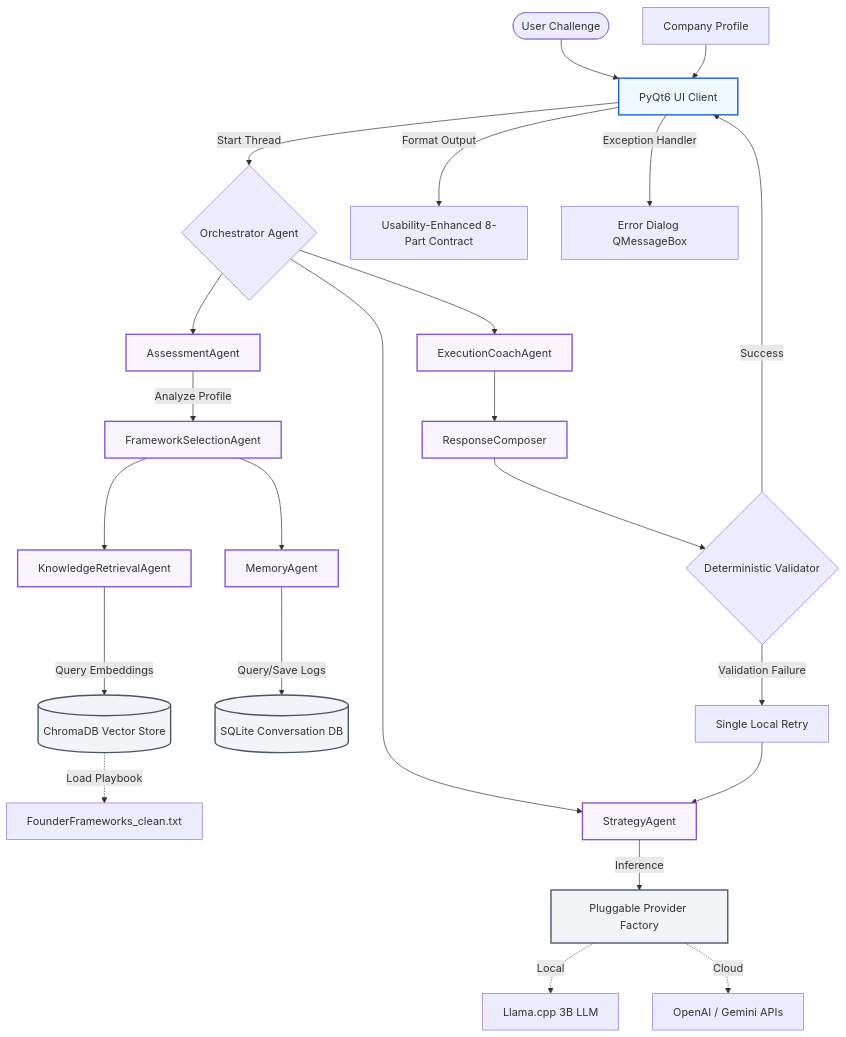
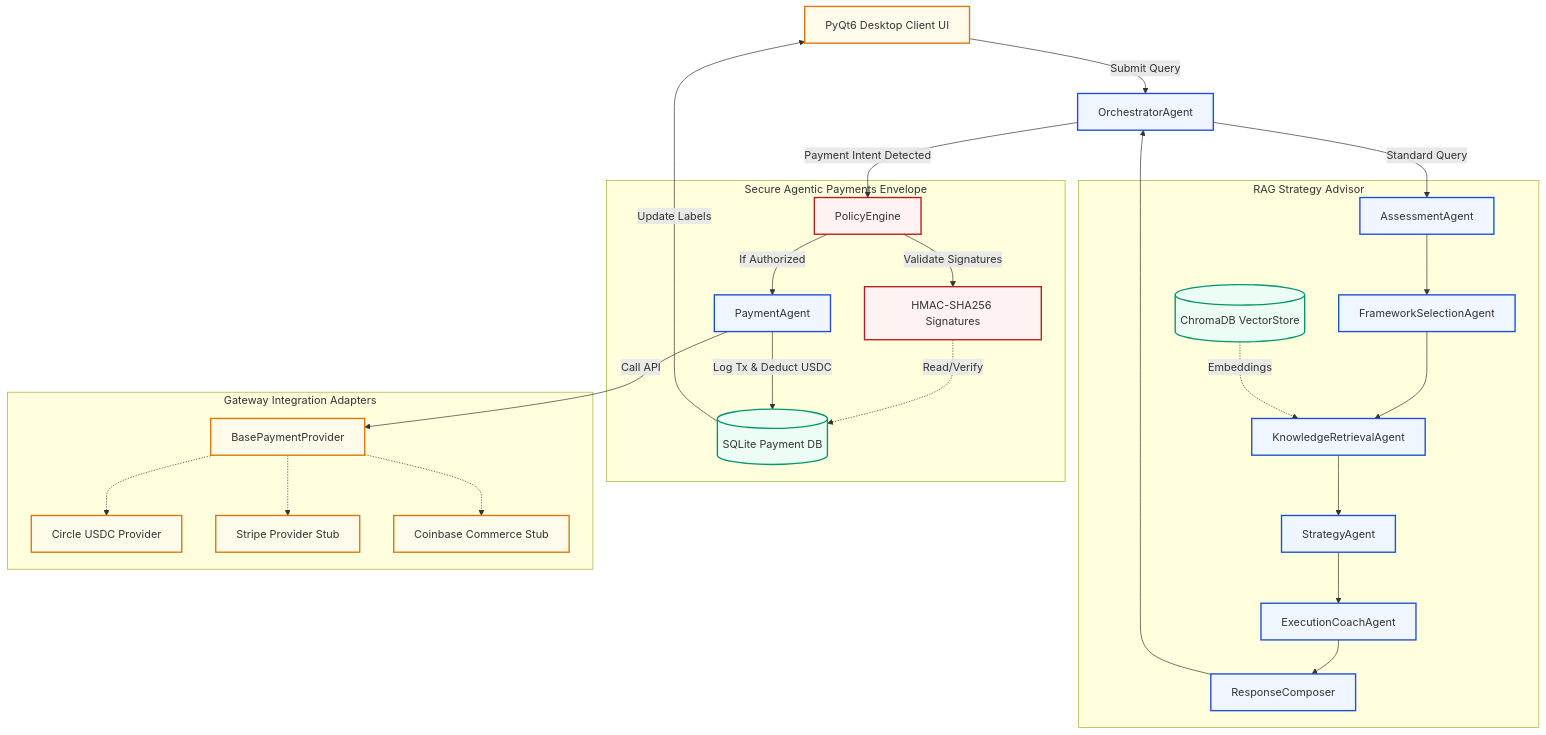
One commit to vivekgreenitive-bit/founder-ai-app changed the diagram in README.md. Above: the diagram before and after it, drawn with Mermaid. The commit also changed other lines of this file, not shown here.

Commit message:
docs: update README with Agentic Payments architecture and key feature descriptions

````diff
--- a/README.md
+++ b/README.md
@@ -35,37 +37,52 @@
 ```mermaid
 graph TD
-    classDef agent fill:#f9f5ff,stroke:#7f56d9,stroke-width:2px;
-    classDef storage fill:#f2f4f7,stroke:#475467,stroke-width:2px;
-    classDef client fill:#eff8ff,stroke:#175cd3,stroke-width:2px;
+    classDef agent fill:#eff6ff,stroke:#1d4ed8,stroke-width:2px;
+    classDef secure fill:#fef2f2,stroke:#b91c1c,stroke-width:2px;
+    classDef storage fill:#ecfdf5,stroke:#059669,stroke-width:2px;
+    classDef interface fill:#fffbeb,stroke:#d97706,stroke-width:2px;
+
+    UI[PyQt6 Desktop Client UI]:::interface
+    Orch[OrchestratorAgent]:::agent
     
-    User([User Challenge]) --> UI[PyQt6 UI Client]:::client
-    Profile[Company Profile] --> UI
+    subgraph RAG Strategy Advisor
+        Assess[AssessmentAgent]:::agent
+        Select[FrameworkSelectionAgent]:::agent
+        Chroma[(ChromaDB VectorStore)]:::storage
+        Retr[KnowledgeRetrievalAgent]:::agent
+        Strat[StrategyAgent]:::agent
+        Coach[ExecutionCoachAgent]:::agent
+        Compose[ResponseComposer]:::agent
+    end
+
+    subgraph Secure Agentic Payments Envelope
+        Policy[PolicyEngine]:::secure
+        PayAgent[PaymentAgent]:::agent
+        HMAC[HMAC-SHA256 Signatures]:::secure
+        DB[(SQLite Payment DB)]:::storage
+    end
+
+    subgraph Gateway Integration Adapters
+        BaseProvider[BasePaymentProvider]:::interface
+        Circle[Circle USDC Provider]:::interface
+        Stripe[Stripe Provider Stub]:::interface
+        Coinbase[Coinbase Commerce Stub]:::interface
+    end
+
+    UI -->|Submit Query| Orch
+    Orch -->|Standard Query| Assess
+    Assess --> Select --> Retr --> Strat --> Coach --> Compose --> Orch
+    Chroma -.->|Embeddings| Retr
     
-    UI -->|Start Thread| Orchestrator{Orchestrator Agent}
+    Orch -->|Payment Intent Detected| Policy
+    Policy -->|Validate Signatures| HMAC
+    HMAC -.->|Read/Verify| DB
+    Policy -->|If Authorized| PayAgent
+    PayAgent -->|Call API| BaseProvider
     
-    Orchestrator --> Assessment[AssessmentAgent]:::agent
-    Assessment -->|Analyze Profile| FrameworkSelect[FrameworkSelectionAgent]:::agent
+    BaseProvider -.-> Circle
+    BaseProvider -.-> Stripe
+    BaseProvider -.-> Coinbase
     
-    FrameworkSelect --> Retrieval[KnowledgeRetrievalAgent]:::agent
-    Retrieval -->|Query Embeddings| Chroma[(ChromaDB Vector Store)]:::storage
-    Chroma -.->|Load Playbook| Playbook[FounderFrameworks_clean.txt]
-    
-    FrameworkSelect --> Memory[MemoryAgent]:::agent
-    Memory -->|Query/Save Logs| SQLite[(SQLite Conversation DB)]:::storage
-    
-    Orchestrator --> Strategy[StrategyAgent]:::agent
-    Strategy -->|Inference| Provider[Pluggable Provider Factory]:::storage
-    Provider -.->|Local| Llama[Llama.cpp 3B LLM]
-    Provider -.->|Cloud| APIs[OpenAI / Gemini APIs]
-    
-    Orchestrator --> Execution[ExecutionCoachAgent]:::agent
-    Execution --> Composer[ResponseComposer]:::agent
-    
-    Composer --> Validator{Deterministic Validator}
-    Validator -->|Validation Failure| Retry[Single Local Retry]
-    Retry --> Strategy
-    
-    Validator -->|Success| UI
-    UI -->|Format Output| Output[Usability-Enhanced 8-Part Contract]
-    UI -->|Exception Handler| Alert[Error Dialog QMessageBox]
+    PayAgent -->|Log Tx & Deduct USDC| DB
+    DB -->|Update Labels| UI
 ```
````
